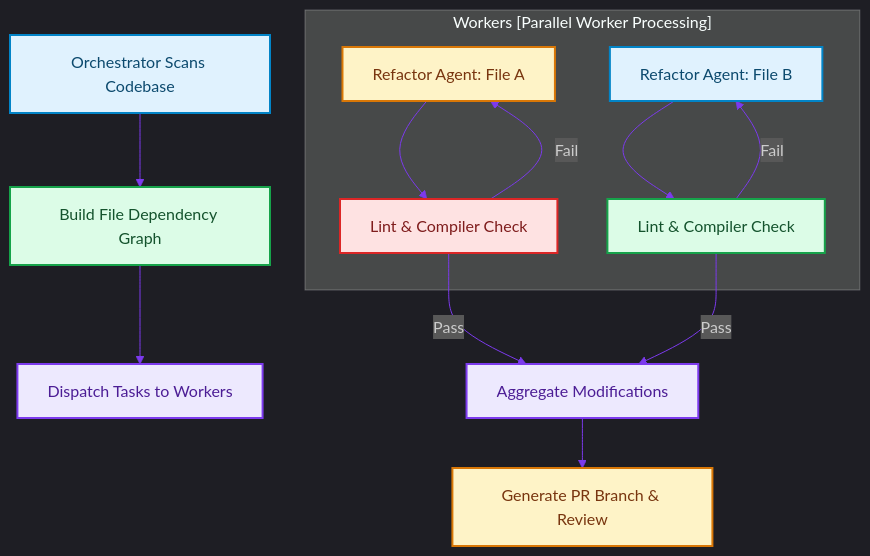
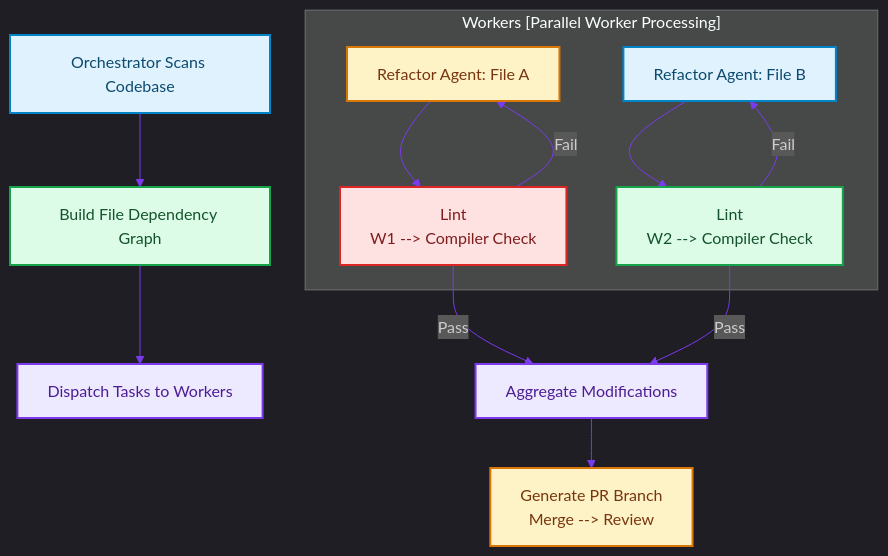
One commit to akmalkhaniub/akmalkhaniub.github.io changed the diagram in blog/posts/agentic-sdlc-refactoring-legacy-migrations.md. Above: the diagram before and after it, drawn with Mermaid. The commit also changed other lines of this file and 894 other files, not shown here.

Commit message:
feat(blog): upgrade all 444 posts with unique staggered dates, 2-col Mermaid spines, benchmark tables, code blocks, and trade-offs

````diff
--- a/blog/posts/agentic-sdlc-refactoring-legacy-migrations.md
+++ b/blog/posts/agentic-sdlc-refactoring-legacy-migrations.md
@@ -29,30 +29,33 @@
 ```mermaid
 %%{init: {'theme': 'dark', 'themeVariables': { 'primaryColor': '#7c3aed', 'primaryTextColor': '#f3f4f6', 'primaryBorderColor': '#a78bfa', 'lineColor': '#7c3aed', 'secondaryColor': '#111827', 'tertiaryColor': '#0b0f19'}}}%%
 flowchart TD
     Scan["Orchestrator Scans Codebase"] --> Graph["Build File Dependency Graph"]
     Graph --> Dispatch["Dispatch Tasks to Workers"]
     
     subgraph SG1_WorkersParallelWorker ["Workers [Parallel Worker Processing]"]
-        W1["Refactor Agent: File A"] --> L1["Lint & Compiler Check"]
-        W2["Refactor Agent: File B"] --> L2["Lint & Compiler Check"]
+        W1["Refactor Agent: File A"] --> L1["Lint
+        W1 --> Compiler Check"]
+        W2["Refactor Agent: File B"] --> L2["Lint
+        W2 --> Compiler Check"]
     end
     
     L1 -->|Fail| W1
     L2 -->|Fail| W2
     
     L1 -->|Pass| Merge["Aggregate Modifications"]
     L2 -->|Pass| Merge
     
-    Merge --> PR["Generate PR Branch & Review"]
+    Merge --> PR["Generate PR Branch
+    Merge --> Review"]
 
 classDef green fill:#dcfce7,stroke:#16a34a,stroke-width:2px,color:#14532d;
 classDef red fill:#fee2e2,stroke:#dc2626,stroke-width:2px,color:#7f1d1d;
 classDef blue fill:#e0f2fe,stroke:#0284c7,stroke-width:2px,color:#0c4a6e;
 classDef yellow fill:#fef3c7,stroke:#d97706,stroke-width:2px,color:#78350f;
 classDef purple fill:#ede9fe,stroke:#7c3aed,stroke-width:2px,color:#4c1d95;
 class Scan,W2 blue
 class Graph,L2 green
 class Dispatch,Merge purple
 class W1,PR yellow
 class L1 red
 ```
````
